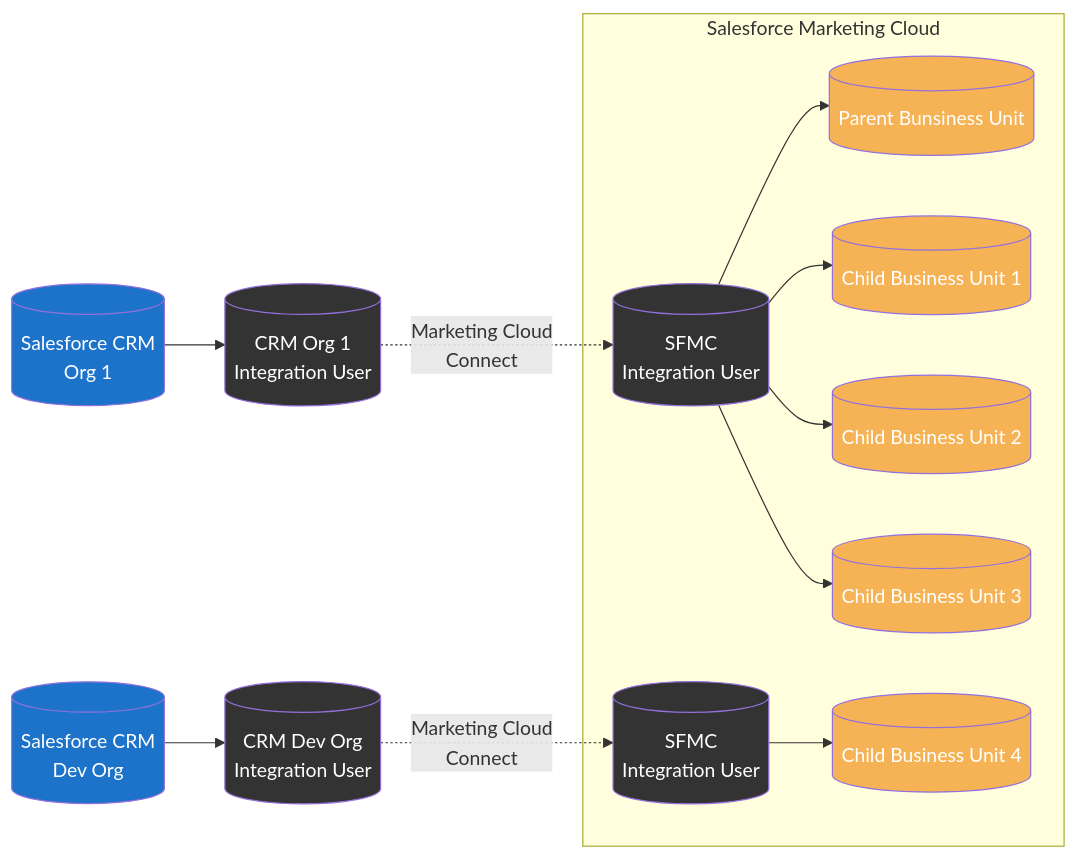
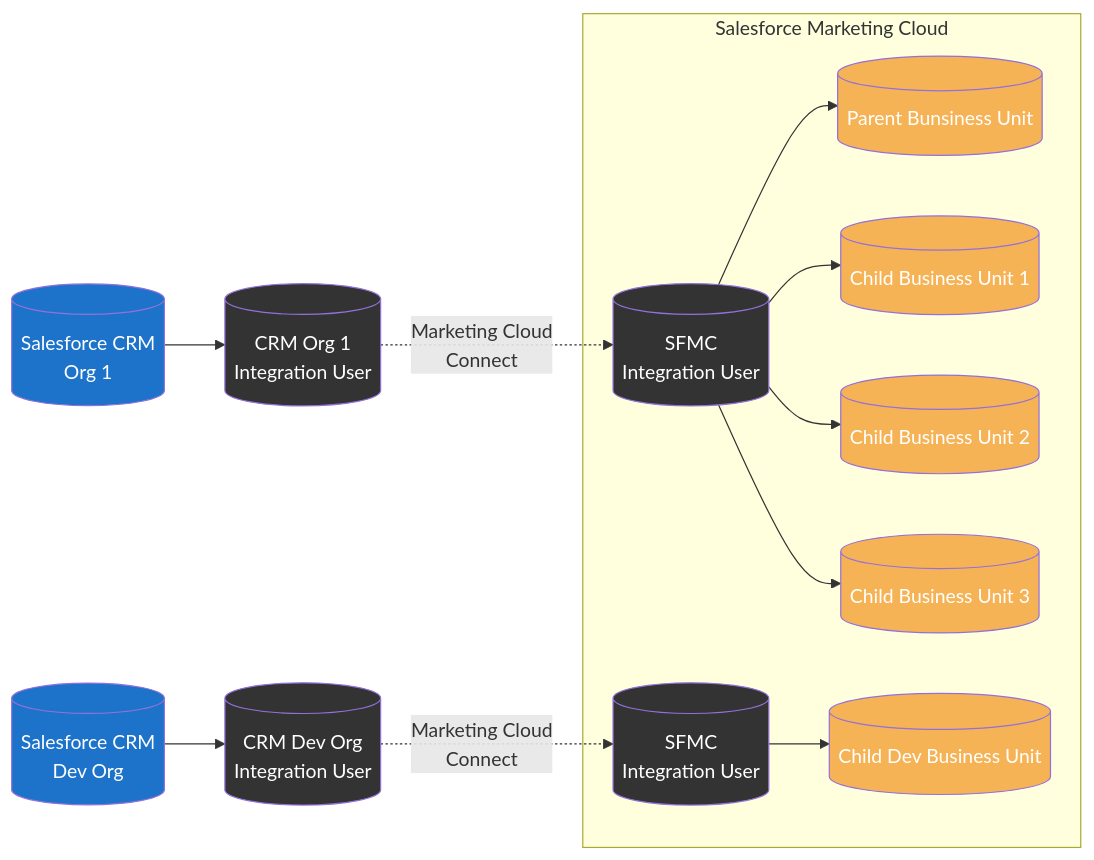
The fifth of 7 diagrams in docs/config/sfmc-mcc-integration-patterns.mdx (MateuszDabrowski/mateuszdabrowski.pl), drawn with Mermaid before and after one commit. The commit also changed other lines of this file, not shown here.

````diff
--- a/docs/config/sfmc-mcc-integration-patterns.mdx
+++ b/docs/config/sfmc-mcc-integration-patterns.mdx
@@ -226,30 +237,30 @@
 ```mermaid
 graph LR
  crm1[(Salesforce CRM\nOrg 1)]:::sfdc
  crm2[(Salesforce CRM\nDev Org)]:::sfdc
  crm1IU[(CRM Org 1\nIntegration User)]:::mcc
  crm2IU[(CRM Dev Org\nIntegration User)]:::mcc
  sfmc1IU[(SFMC\nIntegration User)]:::mcc
  sfmc2IU[(SFMC\nIntegration User)]:::mcc
  sfmc1[(Parent Bunsiness Unit)]:::sfmc
  sfmcBU1[(Child Business Unit 1)]:::sfmc
  sfmcBU2[(Child Business Unit 2)]:::sfmc
  sfmcBU3[(Child Business Unit 3)]:::sfmc
- sfmcBU4[(Child Business Unit 4)]:::sfmc
+ sfmcBU4[("Child Dev Business Unit")]:::sfmc
 
  crm1 --> crm1IU
  crm1IU -. Marketing Cloud\nConnect .-> sfmc1IU
  crm2 --> crm2IU
  crm2IU -. Marketing Cloud\nConnect .-> sfmc2IU
  subgraph sfmc [Salesforce Marketing Cloud]
     sfmc1IU --> sfmc1
     sfmc1IU --> sfmcBU1
     sfmc1IU --> sfmcBU2
     sfmc1IU --> sfmcBU3
     sfmc2IU --> sfmcBU4
  end
 
  classDef sfdc fill:#1d73c9,color:#ffffff
  classDef sfmc fill:#f6b355,color:#ffffff
  classDef mcc fill:#333333,color:#ffffff
 ```
````
